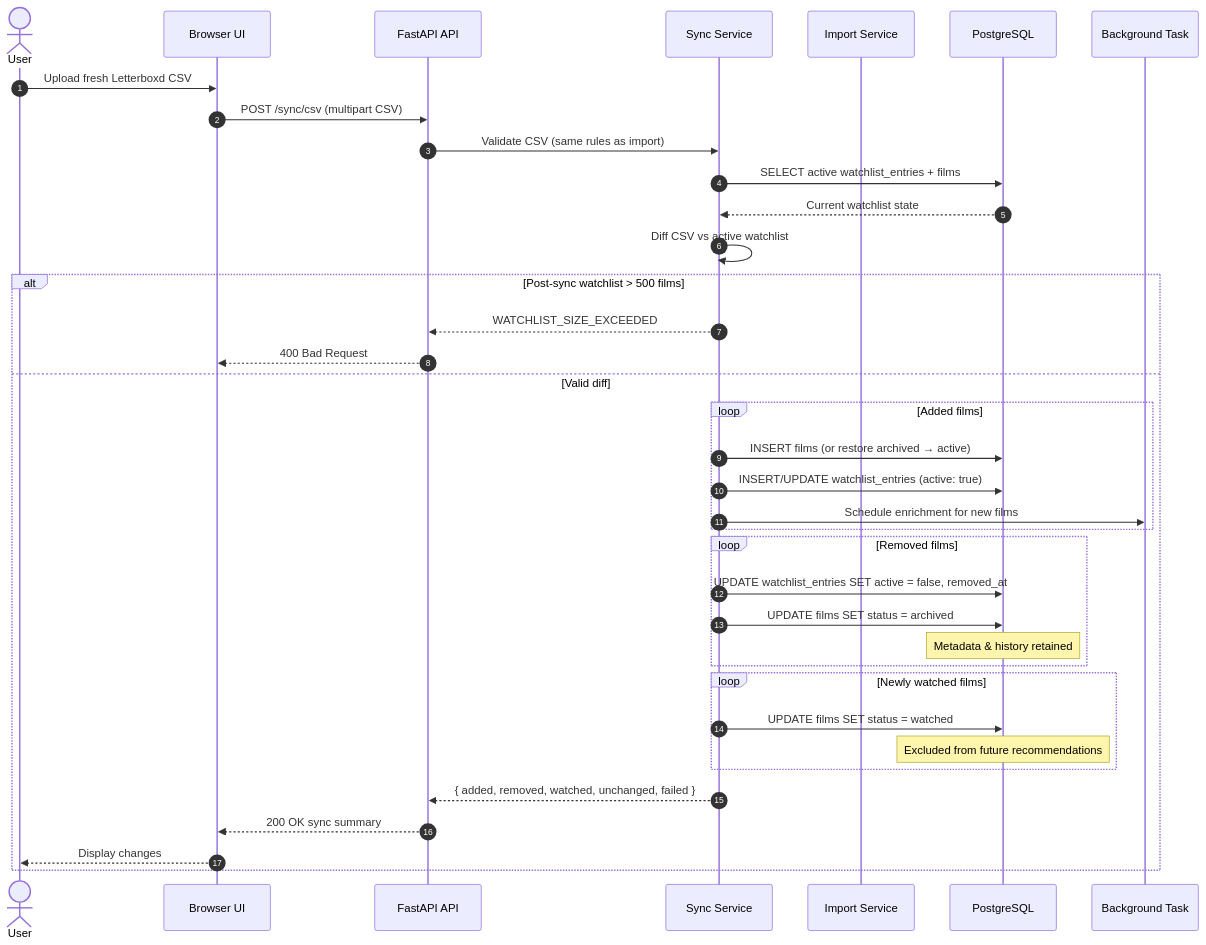
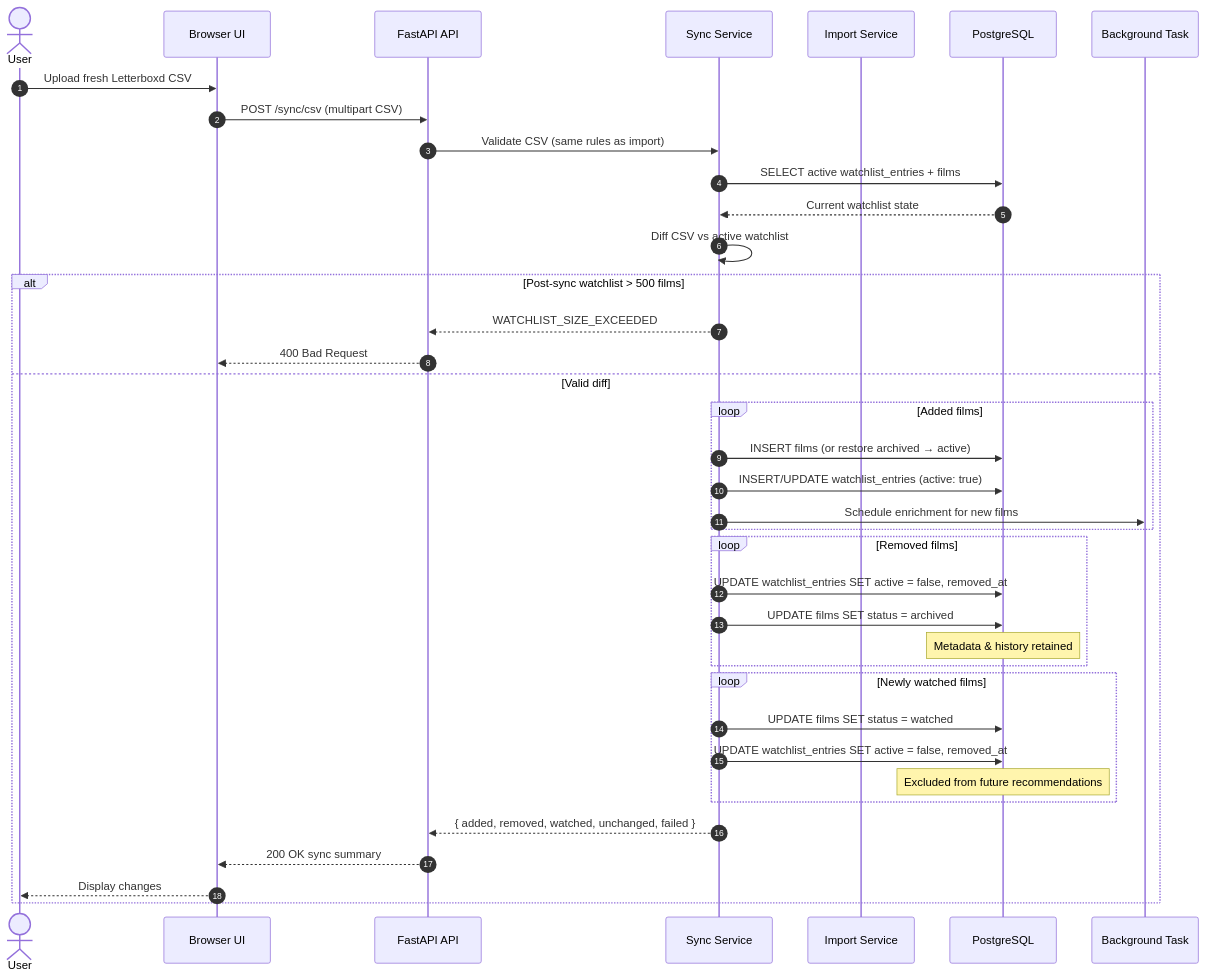
One commit to BlackLodgeLabs/cuebox changed the fifth of 11 diagrams in documents/sequence-diagrams.md. Above: the diagram before and after it, drawn with Mermaid.

````diff
--- a/documents/sequence-diagrams.md
+++ b/documents/sequence-diagrams.md
@@ -212,41 +212,42 @@
 ```mermaid
 sequenceDiagram
     autonumber
     actor User
     participant UI as Browser UI
     participant API as FastAPI API
     participant Sync as Sync Service
     participant Import as Import Service
     participant DB as PostgreSQL
     participant BG as Background Task
 
     User->>UI: Upload fresh Letterboxd CSV
     UI->>API: POST /sync/csv (multipart CSV)
     API->>Sync: Validate CSV (same rules as import)
     Sync->>DB: SELECT active watchlist_entries + films
     DB-->>Sync: Current watchlist state
     Sync->>Sync: Diff CSV vs active watchlist
 
     alt Post-sync watchlist > 500 films
         Sync-->>API: WATCHLIST_SIZE_EXCEEDED
         API-->>UI: 400 Bad Request
     else Valid diff
         loop Added films
             Sync->>DB: INSERT films (or restore archived → active)
             Sync->>DB: INSERT/UPDATE watchlist_entries (active: true)
             Sync->>BG: Schedule enrichment for new films
         end
         loop Removed films
             Sync->>DB: UPDATE watchlist_entries SET active = false, removed_at
             Sync->>DB: UPDATE films SET status = archived
             Note over DB: Metadata & history retained
         end
         loop Newly watched films
             Sync->>DB: UPDATE films SET status = watched
+            Sync->>DB: UPDATE watchlist_entries SET active = false, removed_at
             Note over DB: Excluded from future recommendations
         end
         Sync-->>API: { added, removed, watched, unchanged, failed }
         API-->>UI: 200 OK sync summary
         UI-->>User: Display changes
     end
 ```
````
